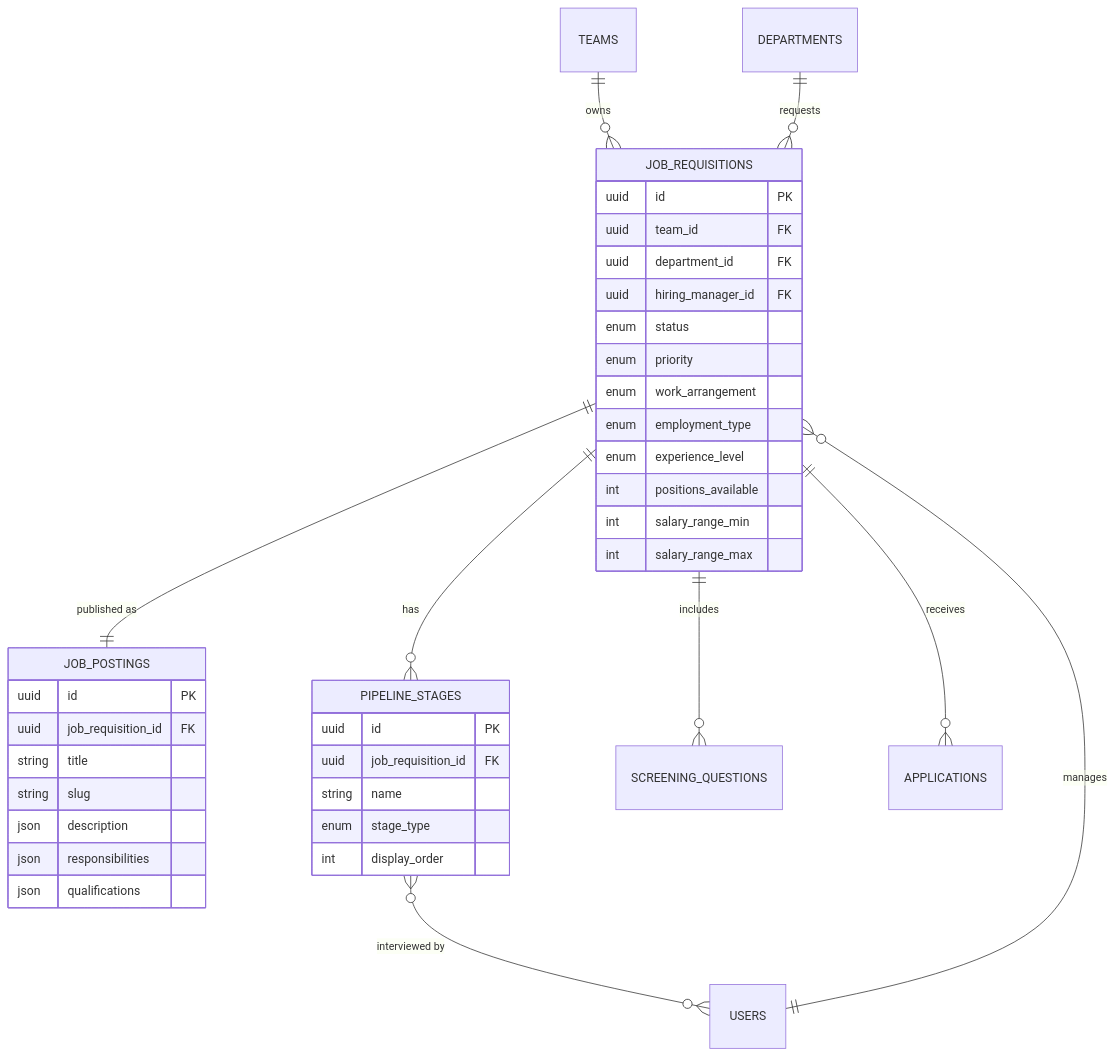
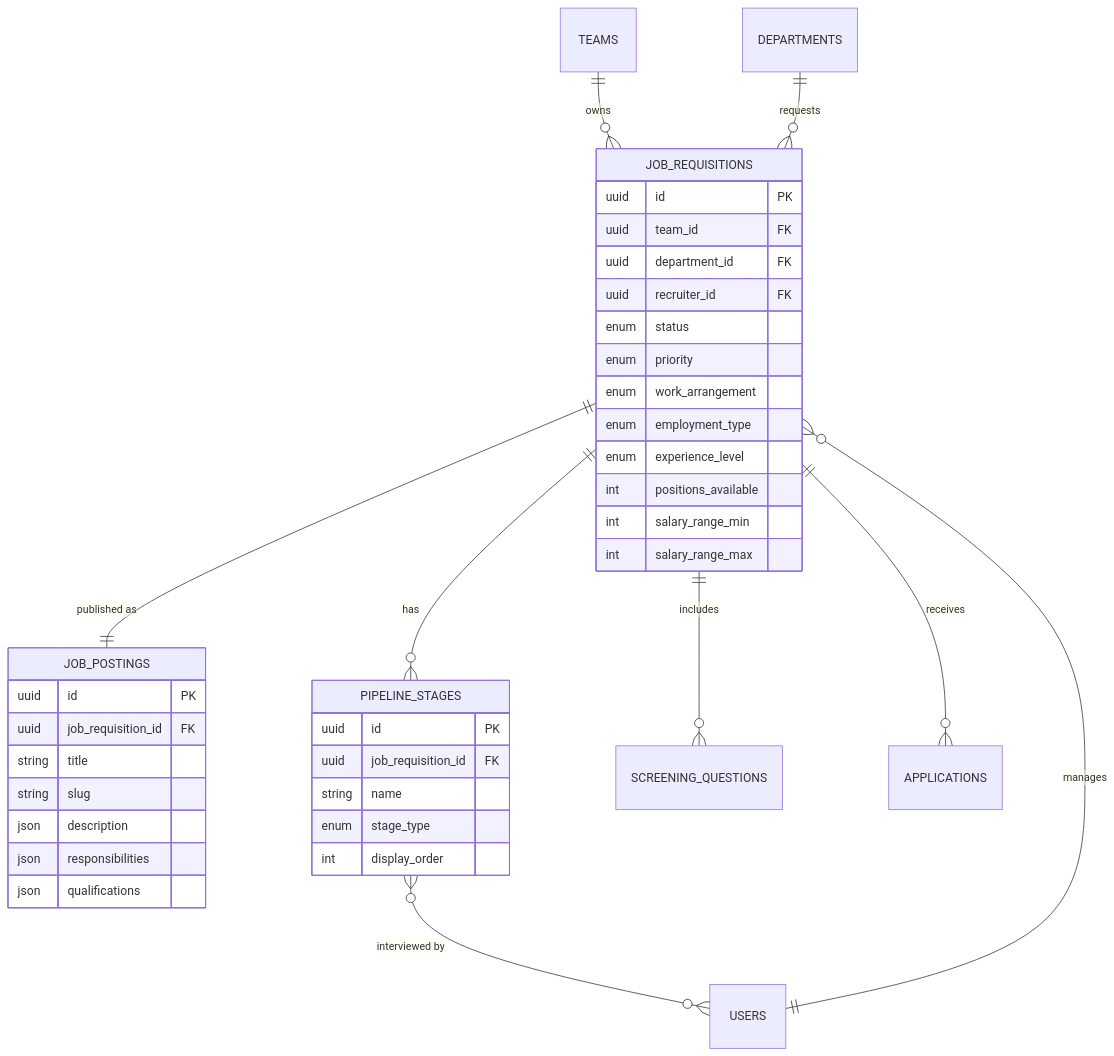
The fourth of 4 diagrams in app-modules/recruitment/README.md (3pontos-tech/recruit-party-quest), drawn with Mermaid before and after one commit. The commit also changed 23 other files, not shown here.

````diff
--- a/app-modules/recruitment/README.md
+++ b/app-modules/recruitment/README.md
@@ -245,44 +245,44 @@
 ```mermaid
 erDiagram
     TEAMS ||--o{ JOB_REQUISITIONS : "owns"
     DEPARTMENTS ||--o{ JOB_REQUISITIONS : "requests"
     USERS ||--o{ JOB_REQUISITIONS : "manages"
     JOB_REQUISITIONS ||--|| JOB_POSTINGS : "published as"
     JOB_REQUISITIONS ||--o{ PIPELINE_STAGES : "has"
     JOB_REQUISITIONS ||--o{ SCREENING_QUESTIONS : "includes"
     JOB_REQUISITIONS ||--o{ APPLICATIONS : "receives"
     PIPELINE_STAGES }o--o{ USERS : "interviewed by"
 
     JOB_REQUISITIONS {
         uuid id PK
         uuid team_id FK
         uuid department_id FK
-        uuid hiring_manager_id FK
+        uuid recruiter_id FK
         enum status
         enum priority
         enum work_arrangement
         enum employment_type
         enum experience_level
         int positions_available
         int salary_range_min
         int salary_range_max
     }
 
     JOB_POSTINGS {
         uuid id PK
         uuid job_requisition_id FK
         string title
         string slug
         json description
         json responsibilities
         json qualifications
     }
 
     PIPELINE_STAGES {
         uuid id PK
         uuid job_requisition_id FK
         string name
         enum stage_type
         int display_order
     }
 ```
````
